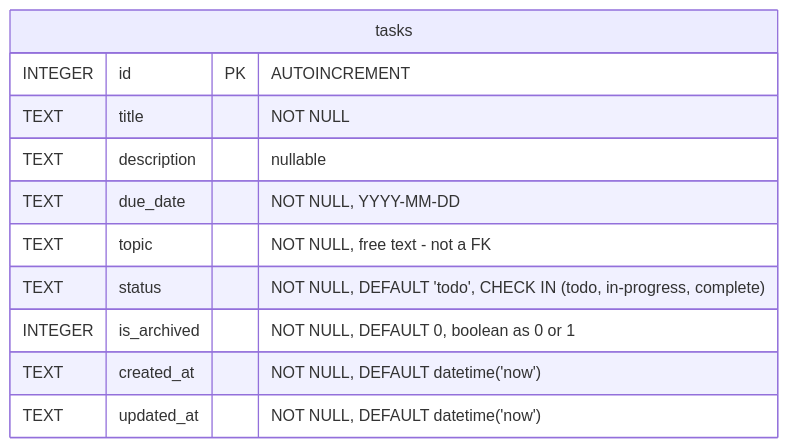
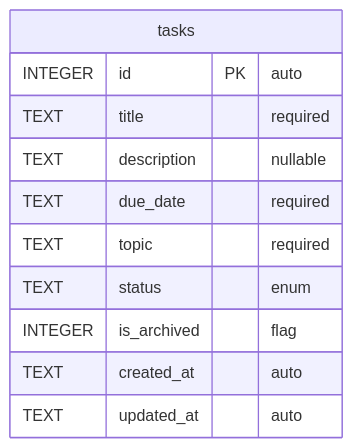
Before and after one commit to Queen8213/coms30011a-lab_one: the first of 2 diagrams in DOCUMENTATION.md, drawn with Mermaid. The commit also changed other lines of this file, not shown here.

First line of the commit message:
Stop Mermaid diagram labels from clipping

````diff
--- a/DOCUMENTATION.md
+++ b/DOCUMENTATION.md
@@ -55,14 +55,14 @@
 ```mermaid
 erDiagram
     tasks {
-        INTEGER id PK "AUTOINCREMENT"
-        TEXT title "NOT NULL"
+        INTEGER id PK "auto"
+        TEXT title "required"
         TEXT description "nullable"
-        TEXT due_date "NOT NULL, YYYY-MM-DD"
-        TEXT topic "NOT NULL, free text - not a FK"
-        TEXT status "NOT NULL, DEFAULT 'todo', CHECK IN (todo, in-progress, complete)"
-        INTEGER is_archived "NOT NULL, DEFAULT 0, boolean as 0 or 1"
-        TEXT created_at "NOT NULL, DEFAULT datetime('now')"
-        TEXT updated_at "NOT NULL, DEFAULT datetime('now')"
+        TEXT due_date "required"
+        TEXT topic "required"
+        TEXT status "enum"
+        INTEGER is_archived "flag"
+        TEXT created_at "auto"
+        TEXT updated_at "auto"
     }
 ```
````
